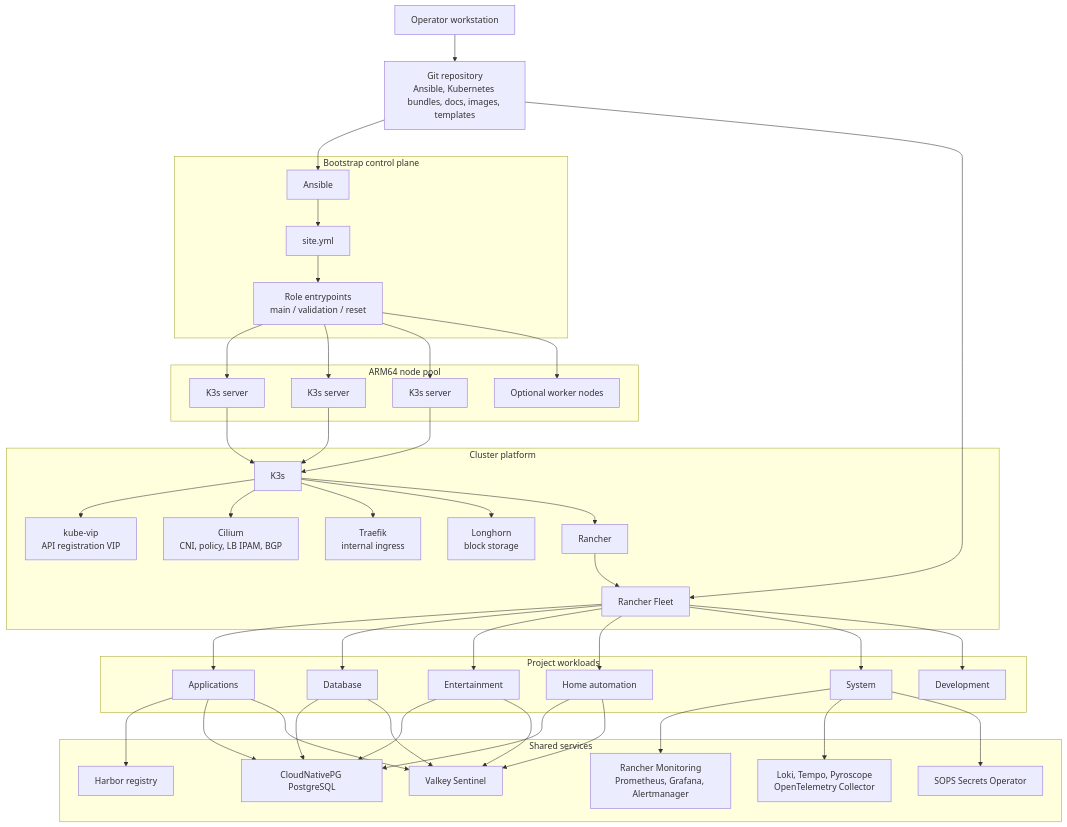
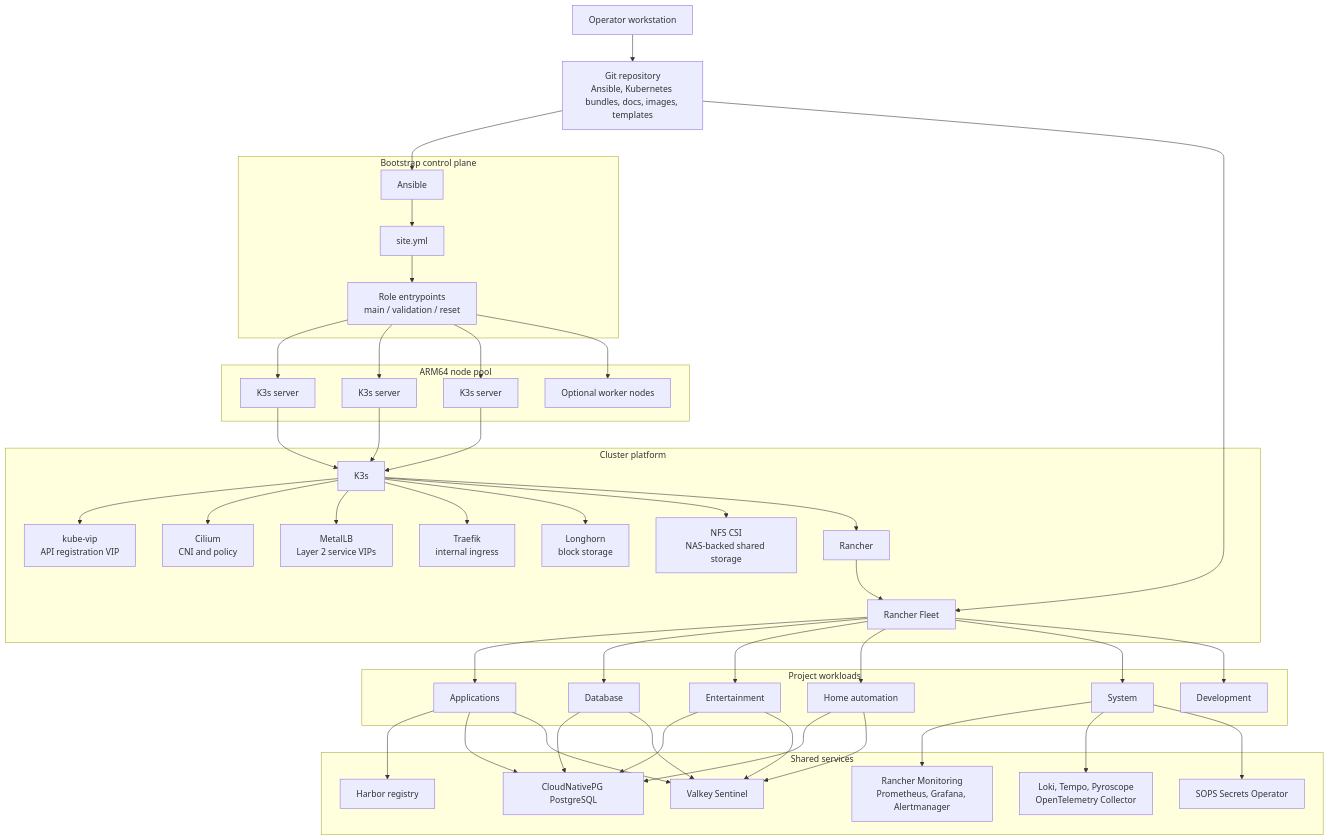
The first of 2 diagrams in README.md (abhi1693/homelab), drawn with Mermaid before and after one commit. The commit also changed other lines of this file and 348 other files, not shown here.

```diff
--- a/README.md
+++ b/README.md
@@ -110,9 +238,11 @@
   subgraph platform["Cluster platform"]
     k3s["K3s"]
     kubevip["kube-vip<br/>API registration VIP"]
-    cilium["Cilium<br/>CNI, policy, LB IPAM, BGP"]
+    cilium["Cilium<br/>CNI and policy"]
+    metallb["MetalLB<br/>Layer 2 service VIPs"]
     traefik["Traefik<br/>internal ingress"]
     longhorn["Longhorn<br/>block storage"]
+    nfscsi["NFS CSI<br/>NAS-backed shared storage"]
     rancher["Rancher"]
     fleet["Rancher Fleet"]
   end
@@ -149,8 +279,10 @@
   server3 --> k3s
   k3s --> kubevip
   k3s --> cilium
+  k3s --> metallb
   k3s --> traefik
   k3s --> longhorn
+  k3s --> nfscsi
   k3s --> rancher
   rancher --> fleet
 
```
